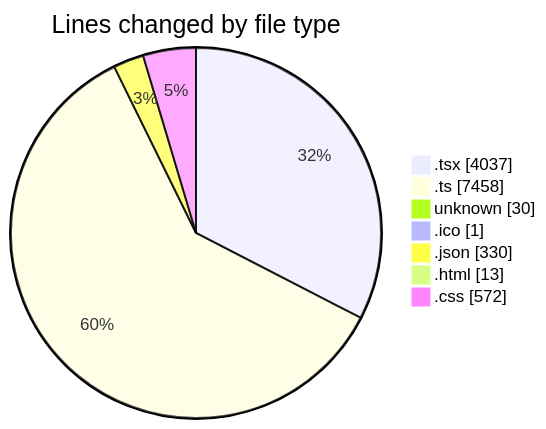
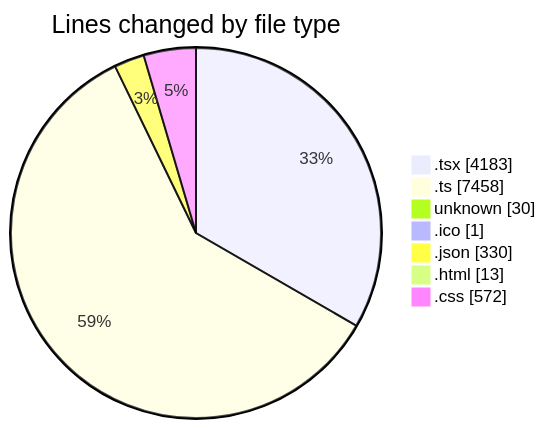
The first of 2 diagrams in 2025-06-20/modeljsondesigner/README.md (JenPaints/code-tracking), drawn with Mermaid before and after one commit. The commit also changed other lines of this file and 1 other file, not shown here.

````diff
--- a/2025-06-20/modeljsondesigner/README.md
+++ b/2025-06-20/modeljsondesigner/README.md
@@ -41,11 +43,11 @@
 ```mermaid
 pie showData
 title Lines changed by file type
-".tsx" : 4037
+".tsx" : 4183
 ".ts" : 7458
 "unknown" : 30
 ".ico" : 1
 ".json" : 330
 ".html" : 13
 ".css" : 572
 ```
````
